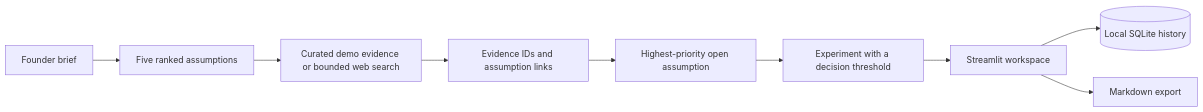
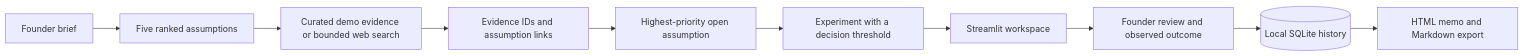
Before and after one commit to yikecheng/idea-diligence: the diagram in ARCHITECTURE.md, drawn with Mermaid. The commit also changed other lines of this file and 5 other files, not shown here.

````diff
--- a/ARCHITECTURE.md
+++ b/ARCHITECTURE.md
@@ -3,11 +3,12 @@
 ```mermaid
 flowchart LR
     A[Founder brief] --> B[Five ranked assumptions]
     B --> C[Curated demo evidence or bounded web search]
     C --> D[Evidence IDs and assumption links]
     D --> E[Highest-priority open assumption]
     E --> F[Experiment with a decision threshold]
     F --> G[Streamlit workspace]
-    G --> H[(Local SQLite history)]
-    G --> I[Markdown export]
+    G --> J[Founder review and observed outcome]
+    J --> H[(Local SQLite history)]
+    H --> I[HTML memo and Markdown export]
 ```
````
